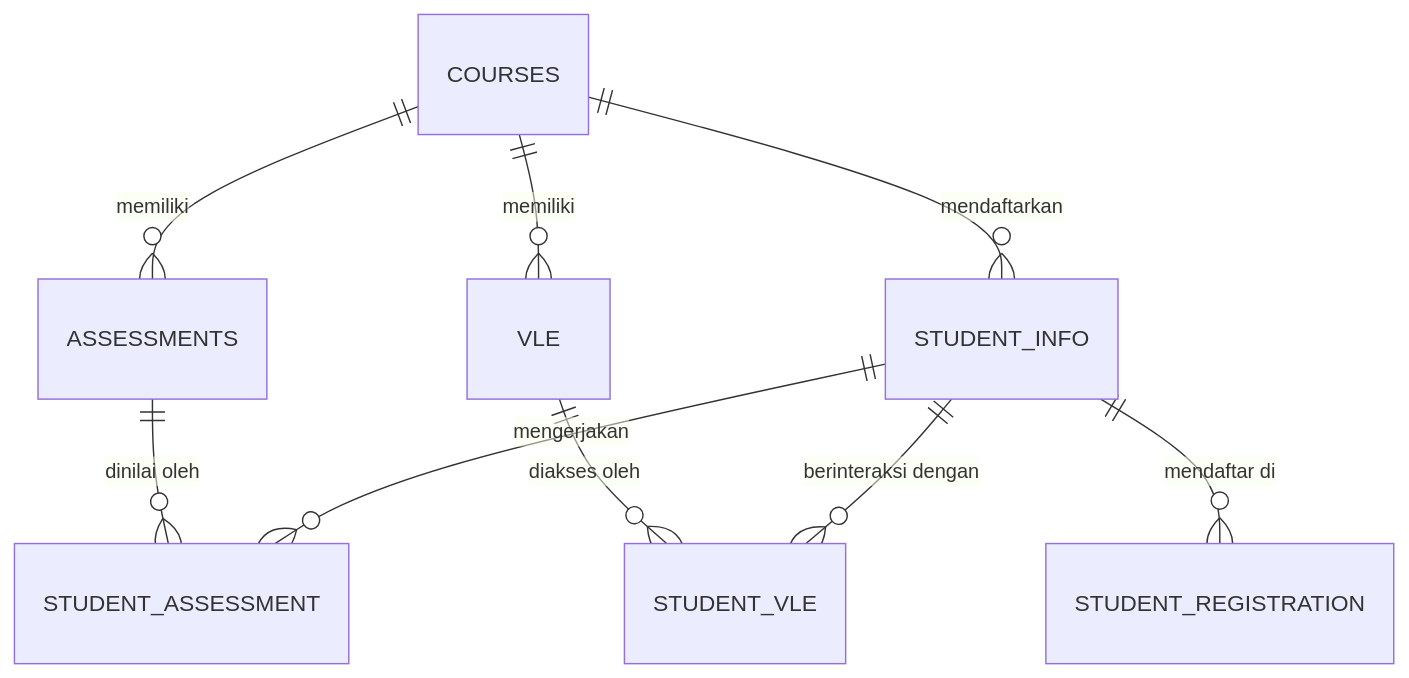
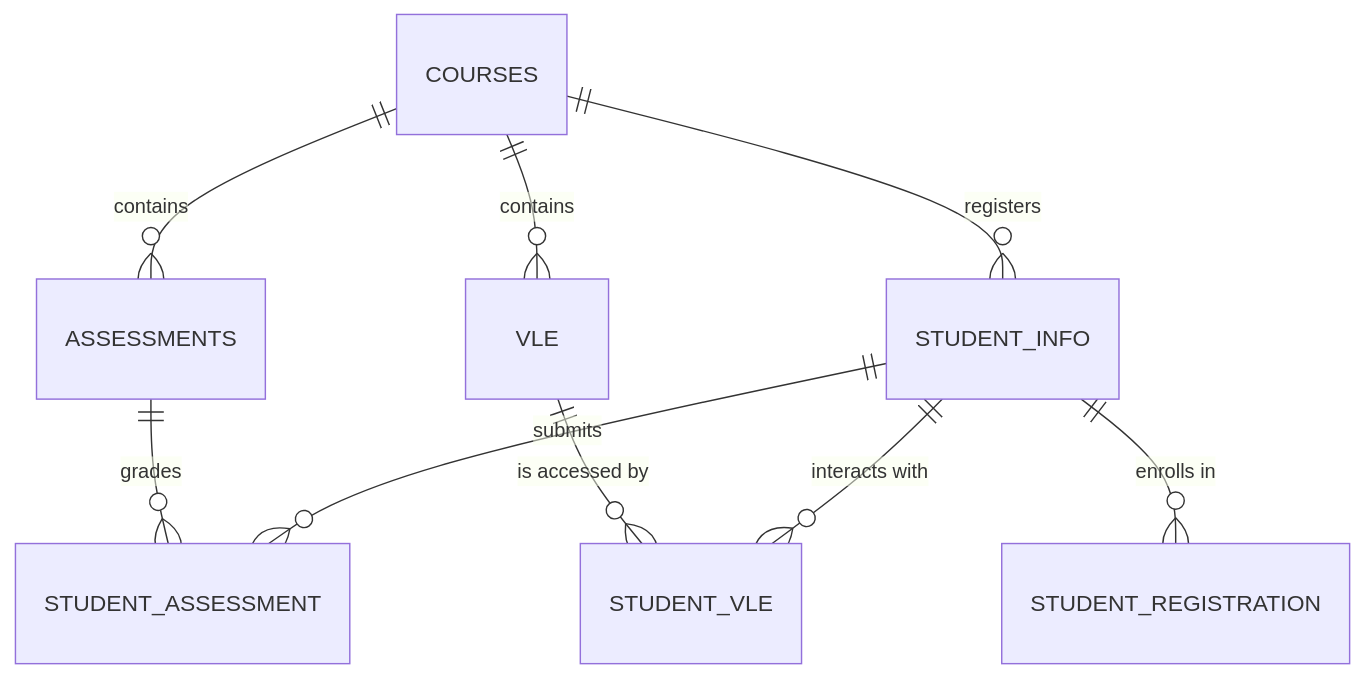
One commit to danial-computer/AI-LearningPath changed the first of 2 diagrams in EDA.md. Above: the diagram before and after it, drawn with Mermaid. The commit also changed other lines of this file and 2 other files, not shown here.

Commit message:
docs: translate README and EDA to English and enhance syllabus roadmap visualization in notebook

````diff
--- a/EDA.md
+++ b/EDA.md
@@ -59,11 +59,11 @@
 ```mermaid
 erDiagram
-    COURSES ||--o{ ASSESSMENTS : "memiliki"
-    COURSES ||--o{ VLE : "memiliki"
-    COURSES ||--o{ STUDENT_INFO : "mendaftarkan"
-    STUDENT_INFO ||--o{ STUDENT_ASSESSMENT : "mengerjakan"
-    STUDENT_INFO ||--o{ STUDENT_REGISTRATION : "mendaftar di"
-    STUDENT_INFO ||--o{ STUDENT_VLE : "berinteraksi dengan"
-    ASSESSMENTS ||--o{ STUDENT_ASSESSMENT : "dinilai oleh"
-    VLE ||--o{ STUDENT_VLE : "diakses oleh"
+    COURSES ||--o{ ASSESSMENTS : "contains"
+    COURSES ||--o{ VLE : "contains"
+    COURSES ||--o{ STUDENT_INFO : "registers"
+    STUDENT_INFO ||--o{ STUDENT_ASSESSMENT : "submits"
+    STUDENT_INFO ||--o{ STUDENT_REGISTRATION : "enrolls in"
+    STUDENT_INFO ||--o{ STUDENT_VLE : "interacts with"
+    ASSESSMENTS ||--o{ STUDENT_ASSESSMENT : "grades"
+    VLE ||--o{ STUDENT_VLE : "is accessed by"
 ```
````
